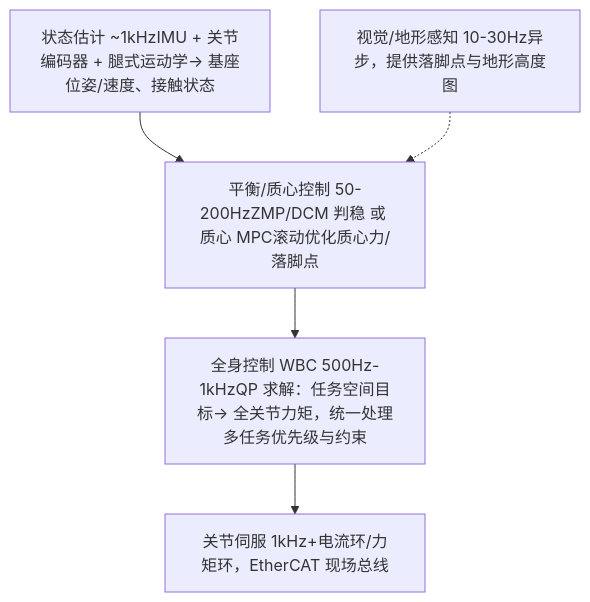
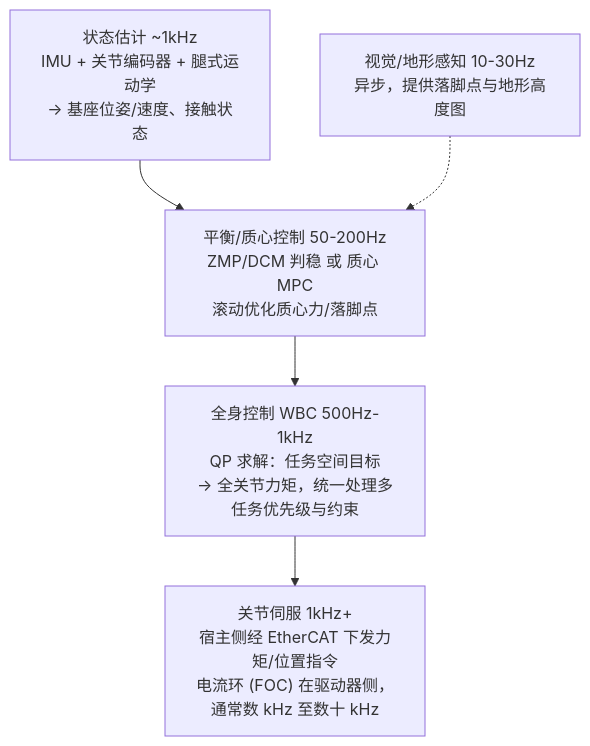
The third of 6 diagrams in robot/general/deployment.md (ranpin/edge-ai-docs), drawn with Mermaid before and after one commit. The commit also changed other lines of this file and 4 other files, not shown here.

````diff
--- a/robot/general/deployment.md
+++ b/robot/general/deployment.md
@@ -168,7 +211,7 @@
 ```mermaid
 graph TB
-    L1["状态估计 ~1kHzIMU + 关节编码器 + 腿式运动学→ 基座位姿/速度、接触状态"] --> L2["平衡/质心控制 50-200HzZMP/DCM 判稳 或 质心 MPC滚动优化质心力/落脚点"]
-    L2 --> L3["全身控制 WBC 500Hz-1kHzQP 求解：任务空间目标→ 全关节力矩，统一处理多任务优先级与约束"]
-    L3 --> L4["关节伺服 1kHz+电流环/力矩环，EtherCAT 现场总线"]
-    PERCEPT["视觉/地形感知 10-30Hz异步，提供落脚点与地形高度图"] -.-> L2
+    L1["状态估计 ~1kHz<br/>IMU + 关节编码器 + 腿式运动学<br/>→ 基座位姿/速度、接触状态"] --> L2["平衡/质心控制 50-200Hz<br/>ZMP/DCM 判稳 或 质心 MPC<br/>滚动优化质心力/落脚点"]
+    L2 --> L3["全身控制 WBC 500Hz-1kHz<br/>QP 求解：任务空间目标<br/>→ 全关节力矩，统一处理多任务优先级与约束"]
+    L3 --> L4["关节伺服 1kHz+<br/>宿主侧经 EtherCAT 下发力矩/位置指令<br/>电流环 (FOC) 在驱动器侧，通常数 kHz 至数十 kHz"]
+    PERCEPT["视觉/地形感知 10-30Hz<br/>异步，提供落脚点与地形高度图"] -.-> L2
 ```
````
